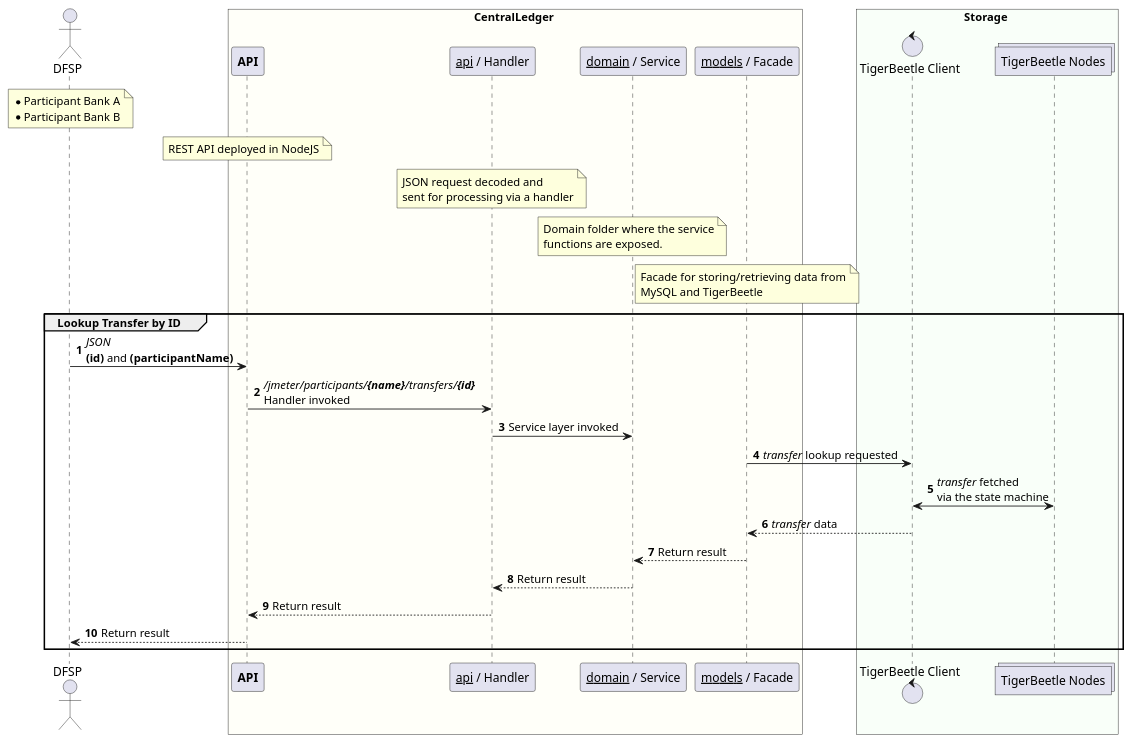
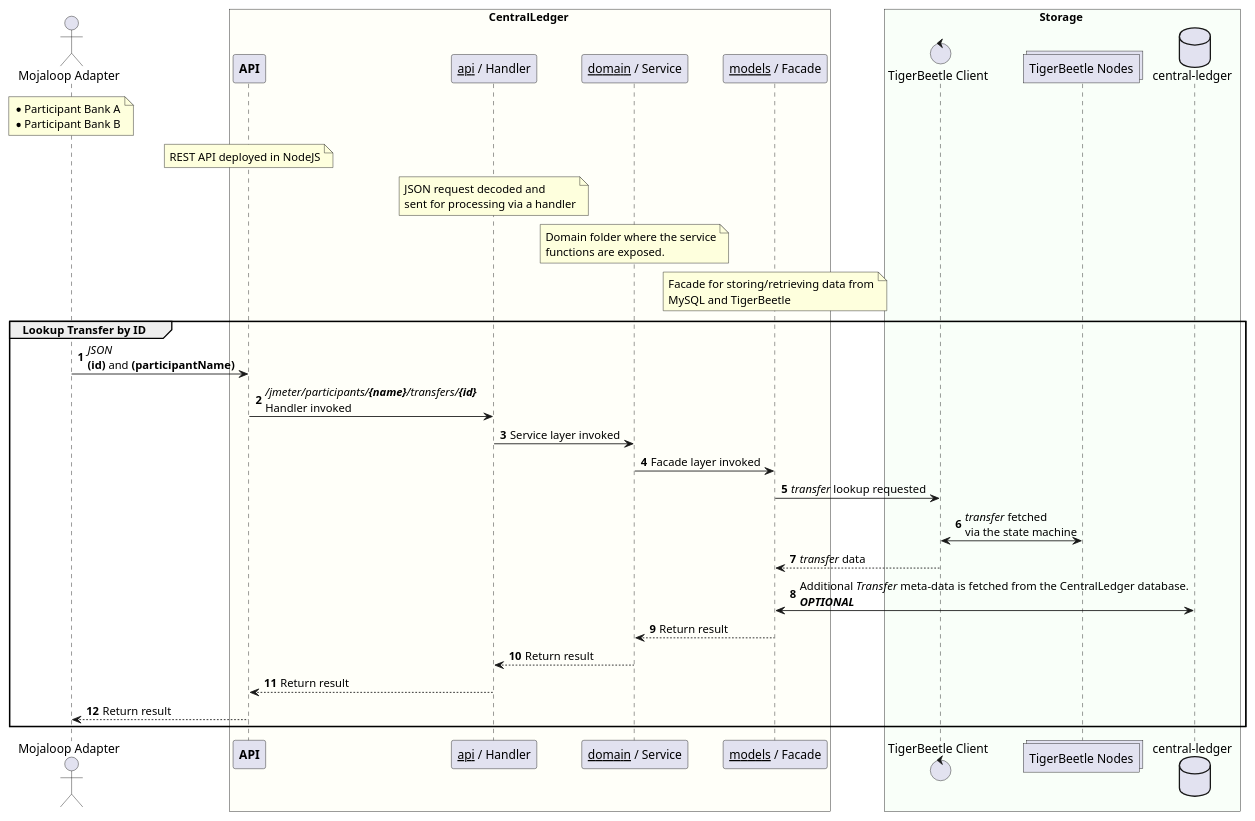
One commit to coilhq/mucoa changed the diagram in solution_design/sequence-transfer-tb-enabled-lookup.puml. Above: the diagram before and after it, drawn with PlantUML. The commit also changed 11 other files, not shown here.

```diff
--- a/solution_design/sequence-transfer-tb-enabled-lookup.puml
+++ b/solution_design/sequence-transfer-tb-enabled-lookup.puml
@@ -1,54 +1,57 @@
 @startuml
 
-actor "DFSP" as dfsp
+actor "Mojaloop Adapter" as dfsp
 note over dfsp
     * Participant Bank A
     * Participant Bank B
 end note
 
 box CentralLedger #FFFFF9
     participant "**API**" as cl_api
     participant "__api__ / Handler" as cl_handler
     participant "__domain__ / Service" as cl_domain
     participant "__models__ / Facade" as cl_facade
 
     note over cl_api
         REST API deployed in NodeJS
     end note
 
     note over cl_handler
         JSON request decoded and
         sent for processing via a handler
     end note
 
     note over cl_domain
         Domain folder where the service
         functions are exposed.
     end note
 
     note over cl_facade
         Facade for storing/retrieving data from
         MySQL and TigerBeetle
     end note
 end box
 
 box Storage #F9FFF9
 	control "TigerBeetle Client" as tb_client
 	collections "TigerBeetle Nodes" as tb_nodes
+    database "central-ledger" as cl_db
 end box
 
 autonumber
 group Lookup Transfer by ID
     dfsp -> cl_api : //JSON// \n**(id)** and **(participantName)**
     cl_api -> cl_handler : ///jmeter/participants/**{name}**/transfers/**{id}**// \nHandler invoked
     cl_handler -> cl_domain : Service layer invoked
+    cl_domain -> cl_facade : Facade layer invoked
     cl_facade -> tb_client : //transfer// lookup requested
     tb_client <-> tb_nodes : //transfer// fetched\nvia the state machine
     tb_client --> cl_facade : //transfer// data
+    cl_facade <-> cl_db : Additional //Transfer// meta-data is fetched from the CentralLedger database.\n**//OPTIONAL//**
     cl_facade --> cl_domain : Return result
     cl_domain --> cl_handler : Return result
     cl_handler --> cl_api : Return result
     cl_api --> dfsp : Return result
 end
 
 @enduml
```
